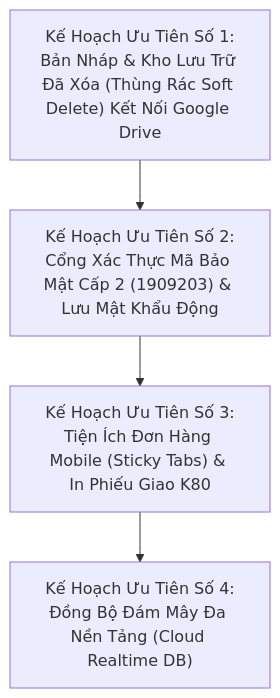
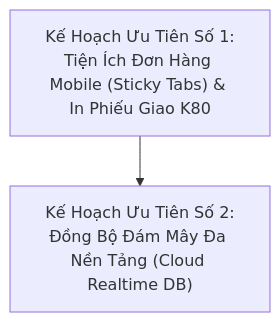
The second of 2 diagrams in PROJECT_HANDOVER_AND_ARCHITECTURE.md (VVFlorielle/vvflorielle), drawn with Mermaid before and after one commit. The commit also changed other lines of this file and 6 other files, not shown here.

Commit message:
feat(v10): implement draft archive with google drive sync, zero-conflict restore, and level 2 security gate (1909203)

````diff
--- a/PROJECT_HANDOVER_AND_ARCHITECTURE.md
+++ b/PROJECT_HANDOVER_AND_ARCHITECTURE.md
@@ -162,9 +177,7 @@
 ```mermaid
 flowchart TD
-    Plan1["Kế Hoạch Ưu Tiên Số 1:<br/>Bản Nháp & Kho Lưu Trữ Đã Xóa (Thùng Rác Soft Delete) Kết Nối Google Drive"]
-    Plan2["Kế Hoạch Ưu Tiên Số 2:<br/>Cổng Xác Thực Mã Bảo Mật Cấp 2 (1909203) & Lưu Mật Khẩu Động"]
-    Plan3["Kế Hoạch Ưu Tiên Số 3:<br/>Tiện Ích Đơn Hàng Mobile (Sticky Tabs) & In Phiếu Giao K80"]
-    Plan4["Kế Hoạch Ưu Tiên Số 4:<br/>Đồng Bộ Đám Mây Đa Nền Tảng (Cloud Realtime DB)"]
+    Plan1["Kế Hoạch Ưu Tiên Số 1:<br/>Tiện Ích Đơn Hàng Mobile (Sticky Tabs) & In Phiếu Giao K80"]
+    Plan2["Kế Hoạch Ưu Tiên Số 2:<br/>Đồng Bộ Đám Mây Đa Nền Tảng (Cloud Realtime DB)"]
 
-    Plan1 --> Plan2 --> Plan3 --> Plan4
+    Plan1 --> Plan2
 ```
````
